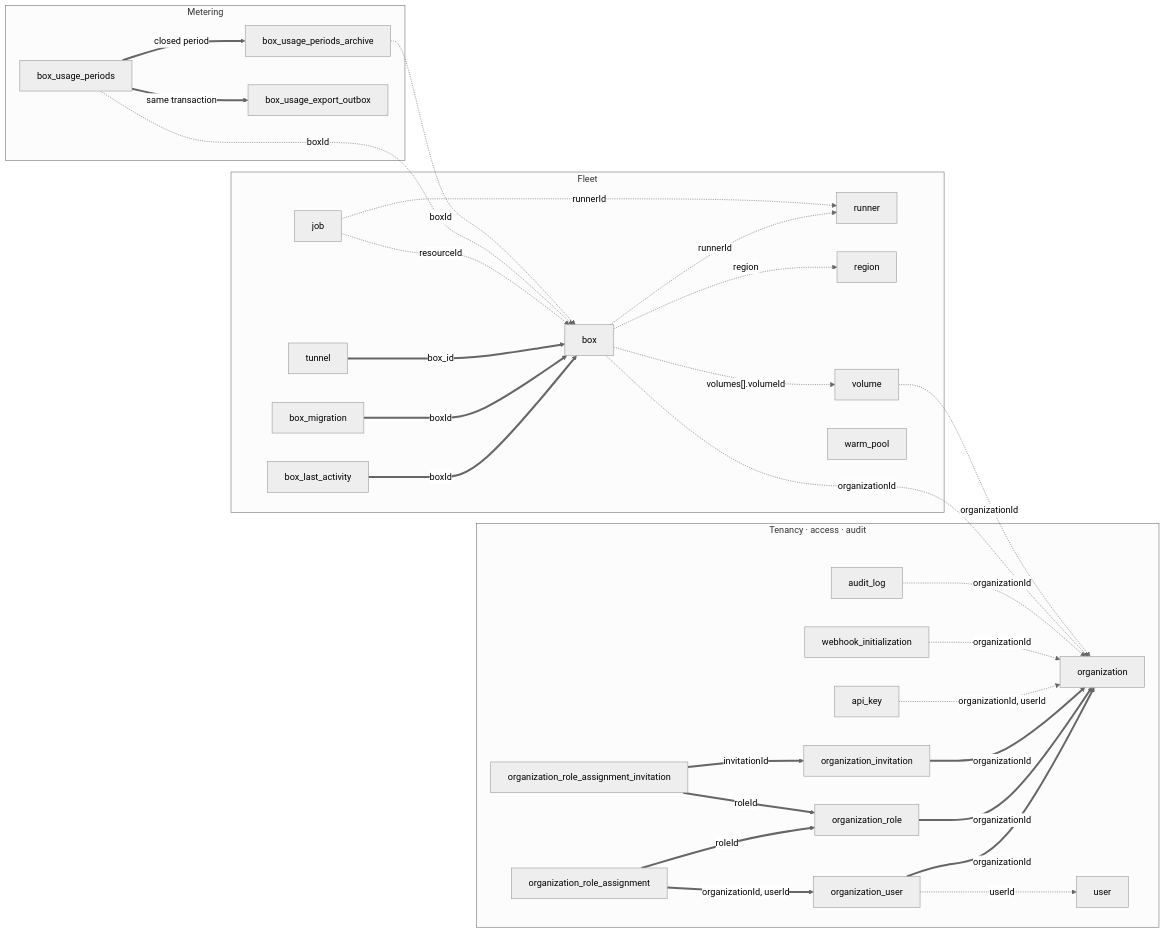
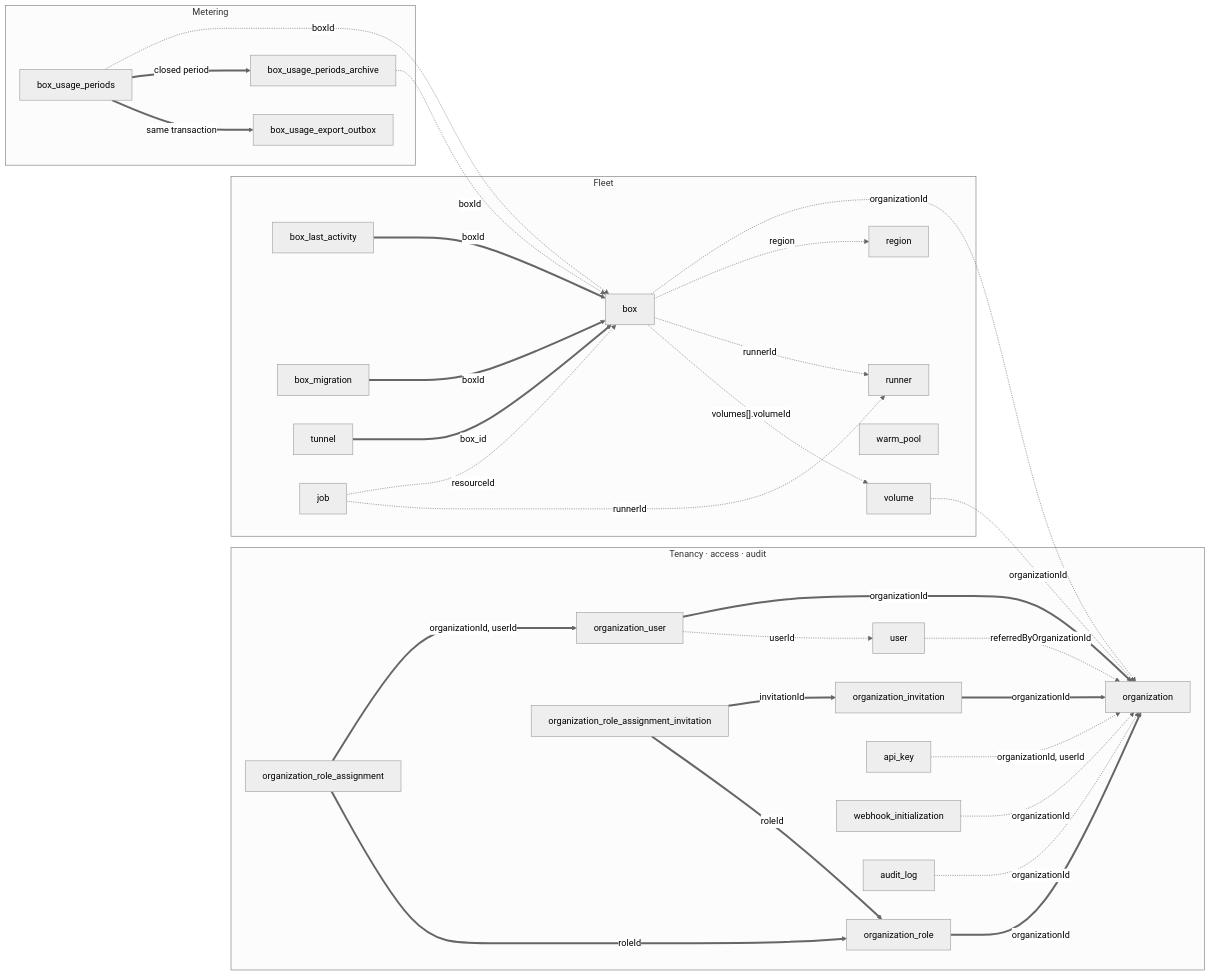
The diagram in apps/SCHEMA.md (boxlite-ai/boxlite), drawn with Mermaid (neutral theme) before and after one commit. The commit also changed other lines of this file and 3 other files, not shown here.

First line of the commit message:
feat(api): add user.referredByOrganizationId for referral attribution

````diff
--- a/apps/SCHEMA.md
+++ b/apps/SCHEMA.md
@@ -34,60 +34,61 @@
 ```mermaid
 flowchart LR
     subgraph tenancy["Tenancy · access · audit"]
         t_org["organization"]
         t_orguser["organization_user"]
         t_role["organization_role"]
         t_invite["organization_invitation"]
         t_assign["organization_role_assignment"]
         t_assigninv["organization_role_assignment_invitation"]
         t_user["user"]
         t_apikey["api_key"]
         t_webhook["webhook_initialization"]
         t_audit["audit_log"]
     end
 
     subgraph fleet["Fleet"]
         t_box["box"]
         t_activity["box_last_activity"]
         t_migration["box_migration"]
         t_tunnel["tunnel"]
         t_runner["runner"]
         t_region["region"]
         t_volume["volume"]
         t_job["job"]
         t_warm["warm_pool"]
     end
 
     subgraph metering["Metering"]
         t_period["box_usage_periods"]
         t_archive["box_usage_periods_archive"]
         t_outbox["box_usage_export_outbox"]
     end
 
     t_orguser ==>|"organizationId"| t_org
     t_role ==>|"organizationId"| t_org
     t_invite ==>|"organizationId"| t_org
     t_assign ==>|"organizationId, userId"| t_orguser
     t_assign ==>|"roleId"| t_role
     t_assigninv ==>|"invitationId"| t_invite
     t_assigninv ==>|"roleId"| t_role
     t_activity ==>|"boxId"| t_box
     t_migration ==>|"boxId"| t_box
     t_tunnel ==>|"box_id"| t_box
 
     t_orguser -.->|"userId"| t_user
+    t_user -.->|"referredByOrganizationId"| t_org
     t_apikey -.->|"organizationId, userId"| t_org
     t_webhook -.->|"organizationId"| t_org
     t_audit -.->|"organizationId"| t_org
     t_box -.->|"organizationId"| t_org
     t_box -.->|"region"| t_region
     t_box -.->|"runnerId"| t_runner
     t_box -.->|"volumes[].volumeId"| t_volume
     t_volume -.->|"organizationId"| t_org
     t_job -.->|"resourceId"| t_box
     t_job -.->|"runnerId"| t_runner
     t_period -.->|"boxId"| t_box
     t_archive -.->|"boxId"| t_box
     t_period ==>|"closed period"| t_archive
     t_period ==>|"same transaction"| t_outbox
 ```
````
